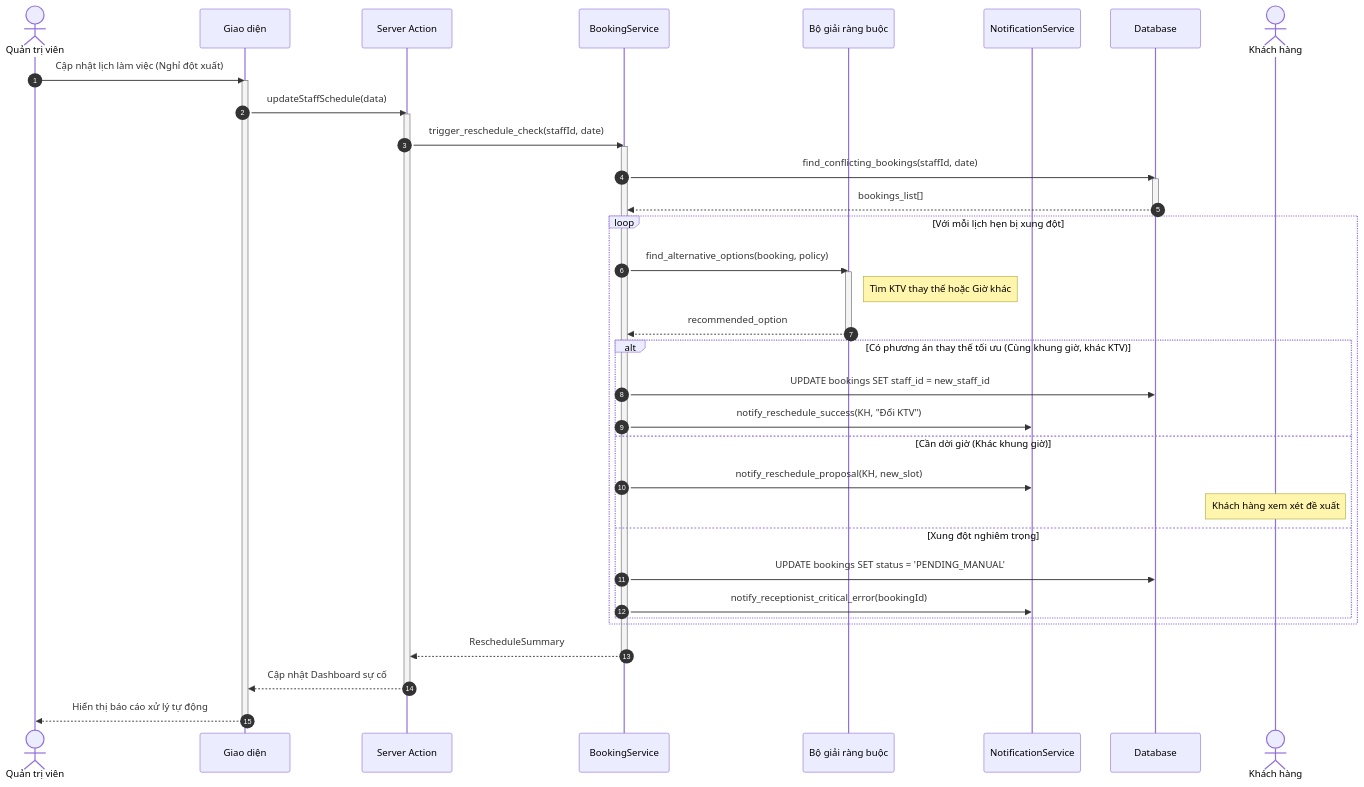
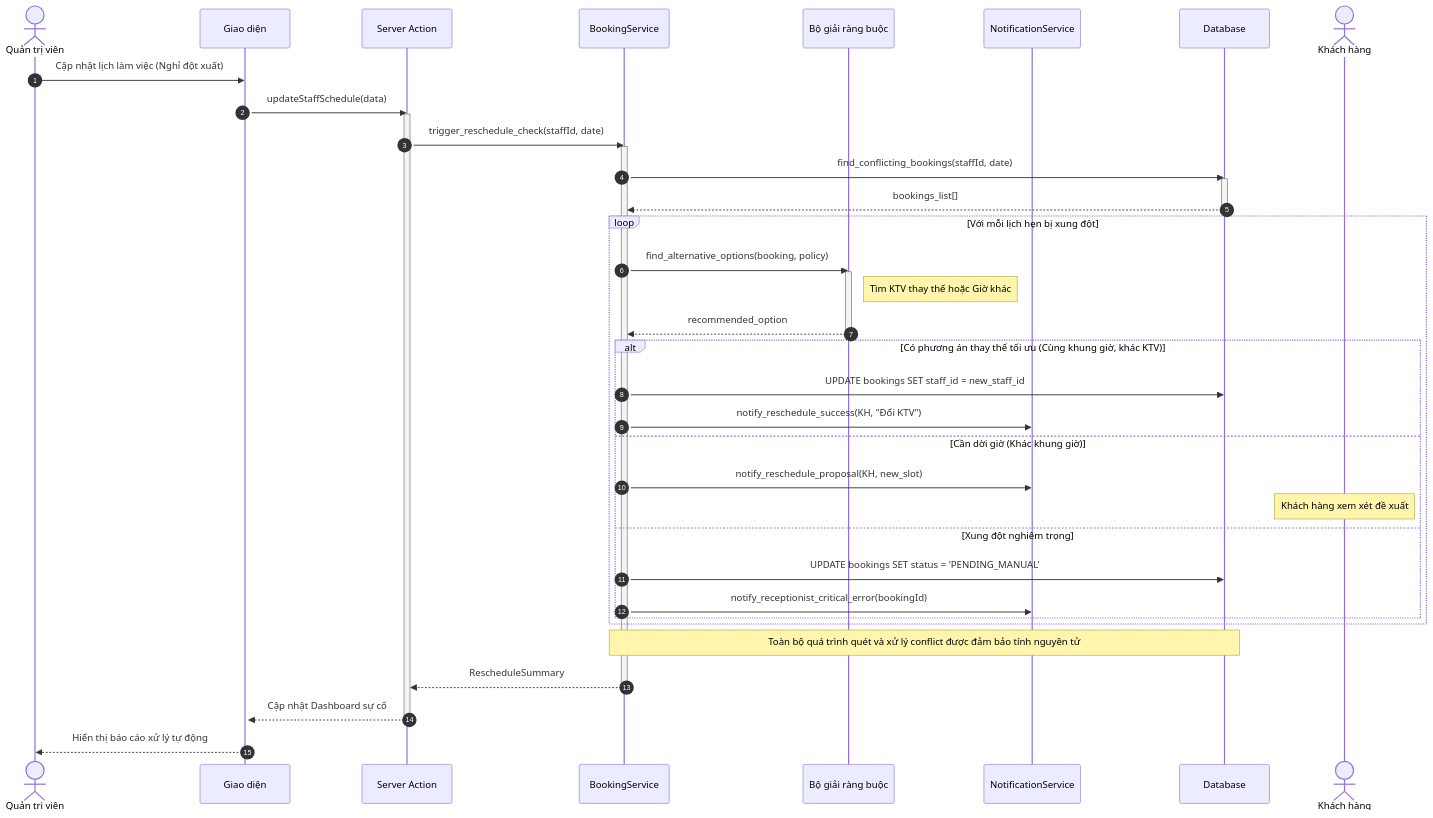
One commit to ngoctinn/Synapse changed the eighth of 8 diagrams in docs/design/sequences/receptionist_flows.md. Above: the diagram before and after it, drawn with Mermaid. The commit also changed other lines of this file and 9 other files, not shown here.

Commit message:
docs: Add initial design documentation for customer, receptionist, technician, and authentication flows, along with antigravity feature plans.

````diff
--- a/docs/design/sequences/receptionist_flows.md
+++ b/docs/design/sequences/receptionist_flows.md
@@ -393,51 +396,51 @@
 ```mermaid
 sequenceDiagram
     autonumber
     actor QTV as Quản trị viên
     participant UI as Giao diện
     participant BFF as Server Action
     participant S as BookingService
     participant SOLVER as Bộ giải ràng buộc
     participant NOTI as NotificationService
     participant DB as Database
     actor KH as Khách hàng
 
     QTV->>UI: Cập nhật lịch làm việc (Nghỉ đột xuất)
     activate UI
     UI->>BFF: updateStaffSchedule(data)
     activate BFF
 
     BFF->>S: trigger_reschedule_check(staffId, date)
     activate S
 
     S->>DB: find_conflicting_bookings(staffId, date)
     activate DB
     DB-->>S: bookings_list[]
     deactivate DB
 
     loop Với mỗi lịch hẹn bị xung đột
         S->>SOLVER: find_alternative_options(booking, policy)
         activate SOLVER
         Note right of SOLVER: Tìm KTV thay thế hoặc Giờ khác
         SOLVER-->>S: recommended_option
         deactivate SOLVER
 
         alt Có phương án thay thế tối ưu (Cùng khung giờ, khác KTV)
             S->>DB: UPDATE bookings SET staff_id = new_staff_id
             S->>NOTI: notify_reschedule_success(KH, "Đổi KTV")
         else Cần dời giờ (Khác khung giờ)
             S->>NOTI: notify_reschedule_proposal(KH, new_slot)
             Note over KH: Khách hàng xem xét đề xuất
         else Xung đột nghiêm trọng
             S->>DB: UPDATE bookings SET status = 'PENDING_MANUAL'
             S->>NOTI: notify_receptionist_critical_error(bookingId)
         end
     end
 
+    Note over S,DB: Toàn bộ quá trình quét và xử lý conflict được đảm bảo tính nguyên tử
     S-->>BFF: RescheduleSummary
     deactivate S
     BFF-->>UI: Cập nhật Dashboard sự cố
     deactivate BFF
     UI-->>QTV: Hiển thị báo cáo xử lý tự động
-    deactivate UI
 ```
````
